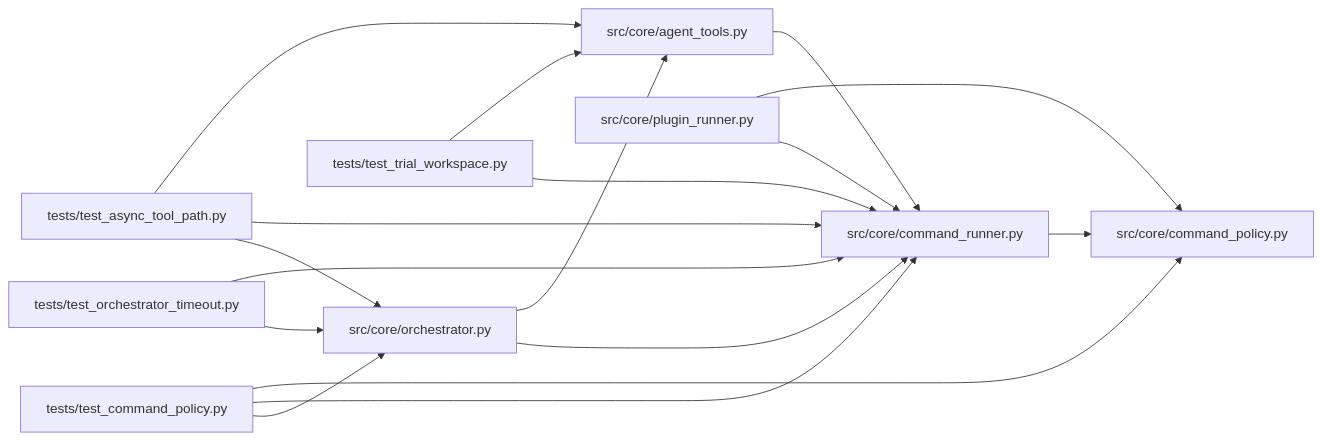
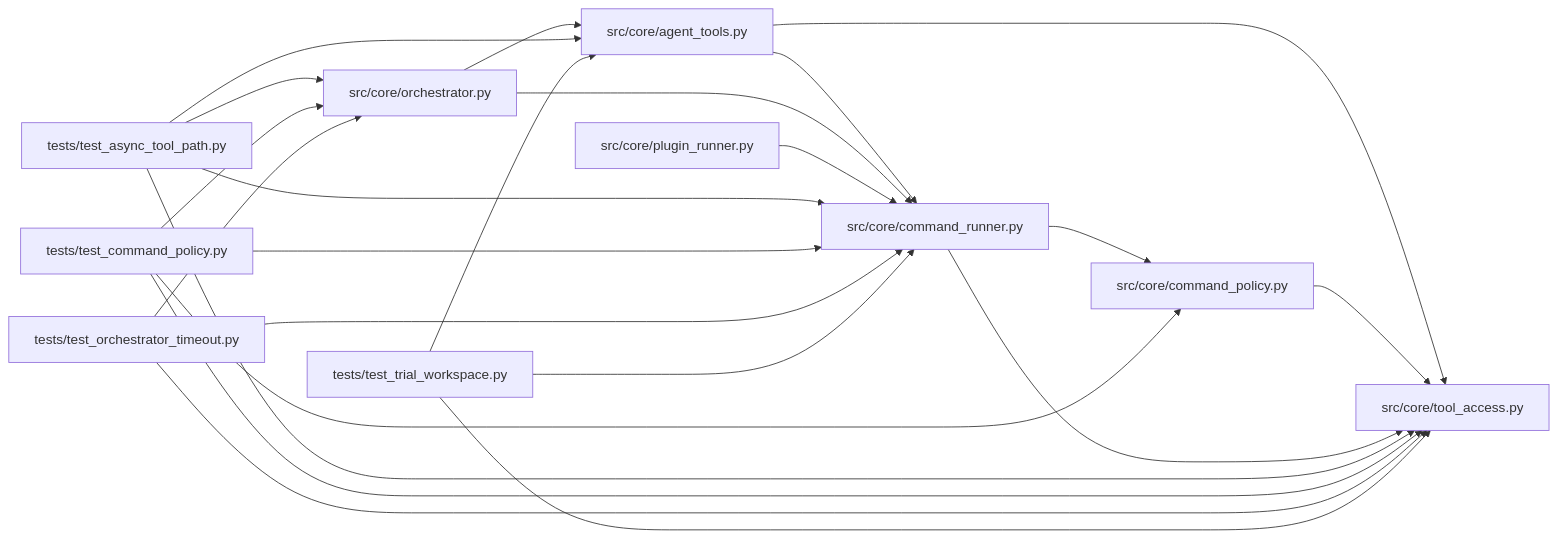
One commit to Denissvgn/autoresearch-agent changed the diagram in docs/llm_wiki/modules/command_runner.md. Above: the diagram before and after it, drawn with Mermaid. The commit also changed other lines of this file and 73 other files, not shown here.

First line of the commit message:
docs(wiki): sync pages for the shared tool-path authorization module

````diff
--- a/docs/llm_wiki/modules/command_runner.md
+++ b/docs/llm_wiki/modules/command_runner.md
@@ -35,37 +36,45 @@
 ```mermaid
 flowchart LR
     n0["src/core/agent_tools.py"]
     n1["src/core/command_policy.py"]
     n2["src/core/command_runner.py"]
     n3["src/core/orchestrator.py"]
     n4["src/core/plugin_runner.py"]
-    n5["tests/test_async_tool_path.py"]
-    n6["tests/test_command_policy.py"]
-    n7["tests/test_orchestrator_timeout.py"]
-    n8["tests/test_trial_workspace.py"]
+    n5["src/core/tool_access.py"]
+    n6["tests/test_async_tool_path.py"]
+    n7["tests/test_command_policy.py"]
+    n8["tests/test_orchestrator_timeout.py"]
+    n9["tests/test_trial_workspace.py"]
     n0 --> n2
+    n0 --> n5
+    n1 --> n5
     n2 --> n1
+    n2 --> n5
     n3 --> n0
     n3 --> n2
-    n4 --> n1
     n4 --> n2
-    n5 --> n0
-    n5 --> n2
-    n5 --> n3
-    n6 --> n1
+    n6 --> n0
     n6 --> n2
     n6 --> n3
+    n6 --> n5
+    n7 --> n1
     n7 --> n2
     n7 --> n3
-    n8 --> n0
+    n7 --> n5
     n8 --> n2
+    n8 --> n3
+    n8 --> n5
+    n9 --> n0
+    n9 --> n2
+    n9 --> n5
     click n0 "../modules/agent_tools.md"
     click n1 "../modules/command_policy.md"
     click n2 "../modules/command_runner.md"
     click n3 "../modules/orchestrator.md"
     click n4 "../modules/plugin_runner.md"
-    click n5 "../modules/test_async_tool_path.md"
-    click n6 "../modules/test_command_policy.md"
-    click n7 "../modules/test_orchestrator_timeout.md"
-    click n8 "../modules/test_trial_workspace.md"
+    click n5 "../modules/tool_access.md"
+    click n6 "../modules/test_async_tool_path.md"
+    click n7 "../modules/test_command_policy.md"
+    click n8 "../modules/test_orchestrator_timeout.md"
+    click n9 "../modules/test_trial_workspace.md"
 ```
````
